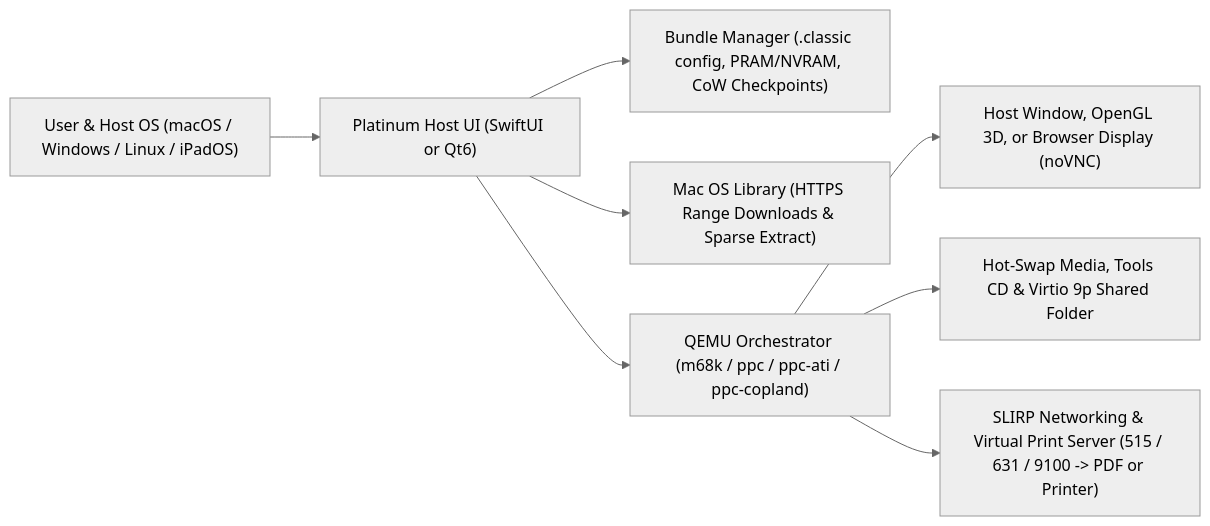
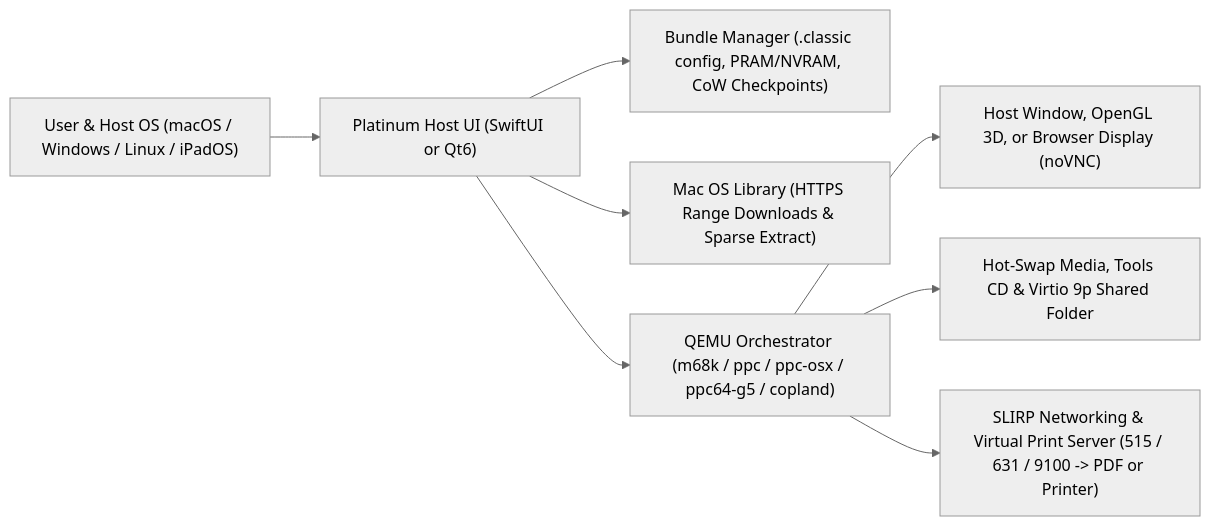
The diagram in docs/manual/README.md (amcchord/ClassicMac), drawn with Mermaid (neutral theme) before and after one commit. The commit also changed other lines of this file and 72 other files, not shown here.

````diff
--- a/docs/manual/README.md
+++ b/docs/manual/README.md
@@ -12,10 +12,10 @@
 ```mermaid
 flowchart LR
     U["User & Host OS (macOS / Windows / Linux / iPadOS)"] --> UI["Platinum Host UI (SwiftUI or Qt6)"]
     UI --> CFG["Bundle Manager (.classic config, PRAM/NVRAM, CoW Checkpoints)"]
     UI --> CAT["Mac OS Library (HTTPS Range Downloads & Sparse Extract)"]
-    UI --> ENG["QEMU Orchestrator (m68k / ppc / ppc-ati / ppc-copland)"]
+    UI --> ENG["QEMU Orchestrator (m68k / ppc / ppc-osx / ppc64-g5 / copland)"]
     ENG --> DISP["Host Window, OpenGL 3D, or Browser Display (noVNC)"]
     ENG --> MEDIA["Hot-Swap Media, Tools CD & Virtio 9p Shared Folder"]
     ENG --> NET["SLIRP Networking & Virtual Print Server (515 / 631 / 9100 -> PDF or Printer)"]
 ```
````
